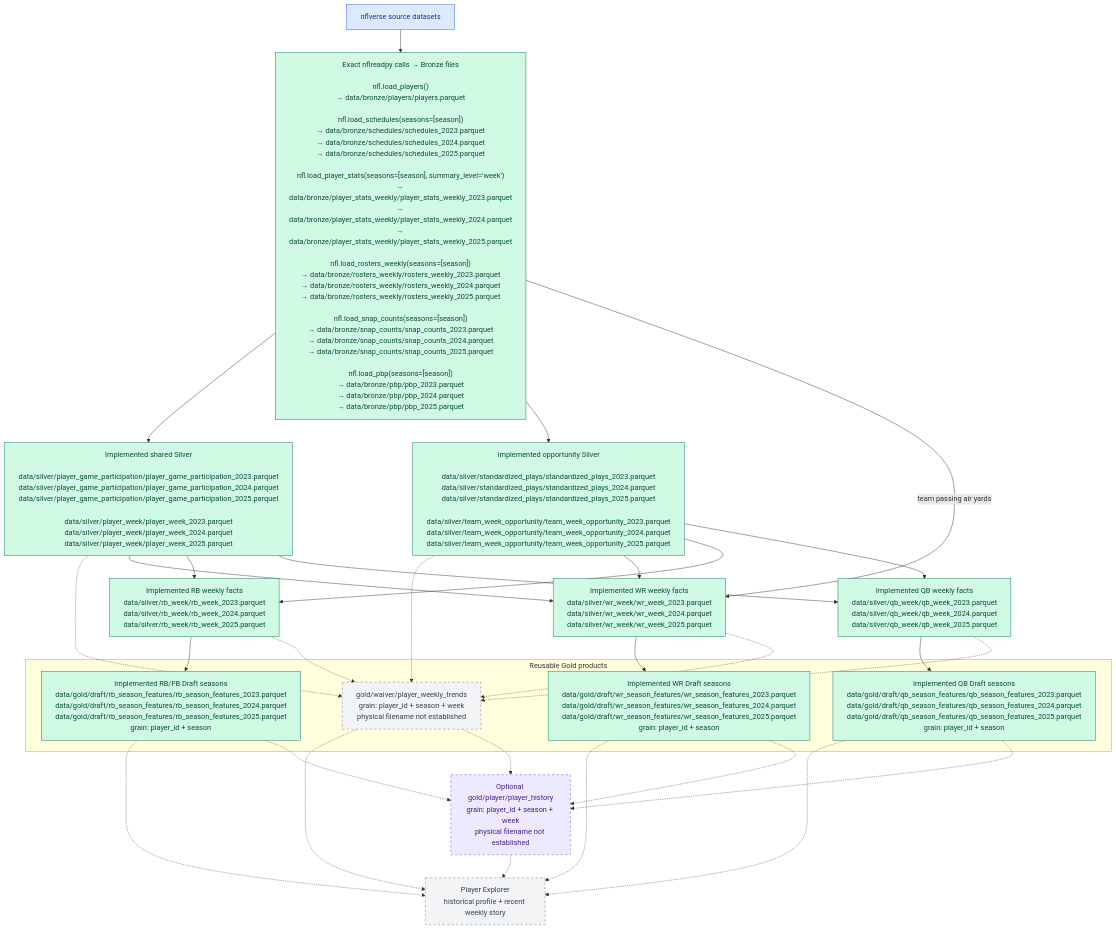
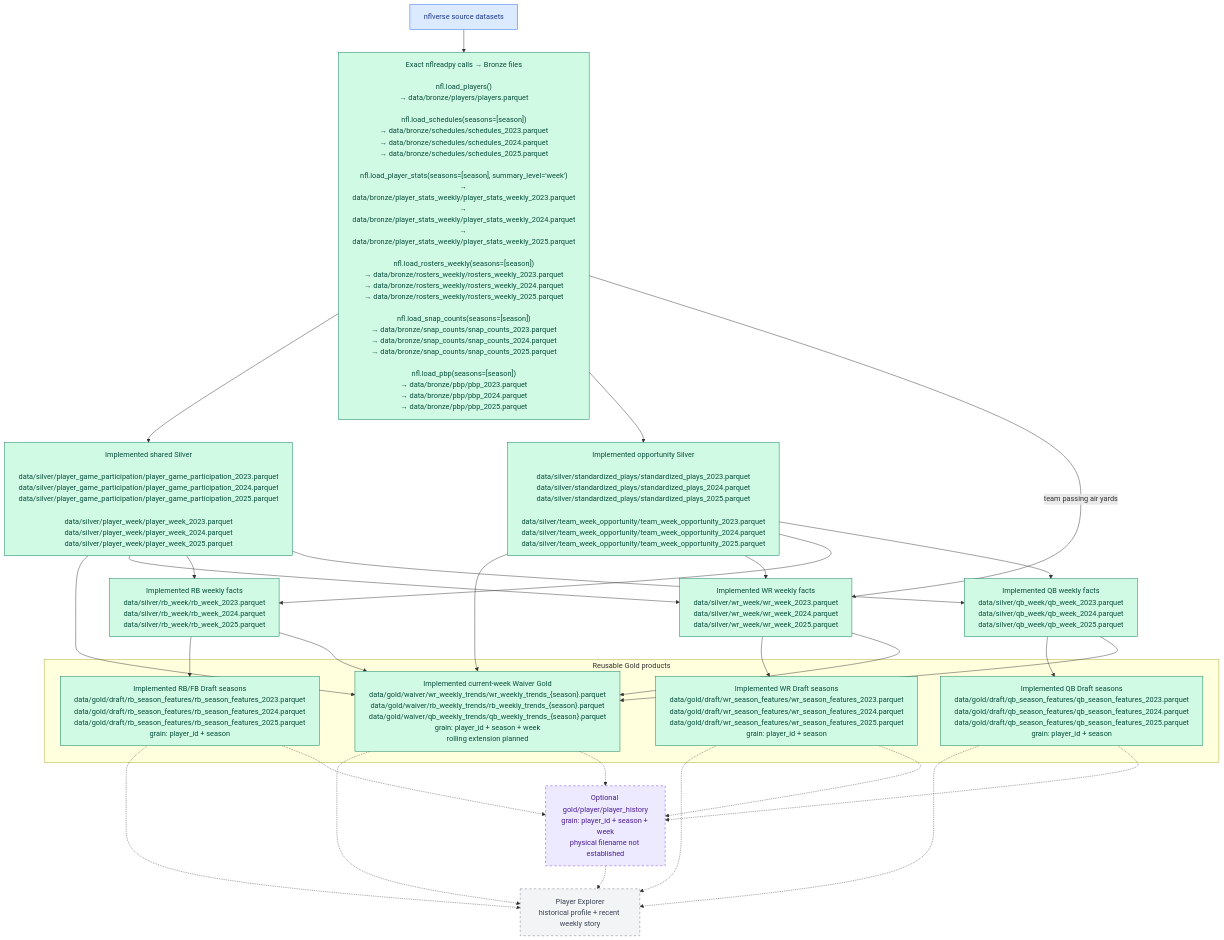
Before and after one commit to ddarby15/nfl-dream-lab-app: the fourth of 4 diagrams in docs/data-lineage-by-gold-product.md, drawn with Mermaid. The commit also changed other lines of this file and 25 other files, not shown here.

Commit message:
update docs and roadmap

````diff
--- a/docs/data-lineage-by-gold-product.md
+++ b/docs/data-lineage-by-gold-product.md
@@ -179,57 +165,57 @@
 ```mermaid
 flowchart TB
     SOURCE["nflverse source datasets"]
     B_FILES["Exact nflreadpy calls → Bronze files<br/><br/>nfl.load_players()<br/>→ data/bronze/players/players.parquet<br/><br/>nfl.load_schedules(seasons=[season])<br/>→ data/bronze/schedules/schedules_2023.parquet<br/>→ data/bronze/schedules/schedules_2024.parquet<br/>→ data/bronze/schedules/schedules_2025.parquet<br/><br/>nfl.load_player_stats(seasons=[season], summary_level='week')<br/>→ data/bronze/player_stats_weekly/player_stats_weekly_2023.parquet<br/>→ data/bronze/player_stats_weekly/player_stats_weekly_2024.parquet<br/>→ data/bronze/player_stats_weekly/player_stats_weekly_2025.parquet<br/><br/>nfl.load_rosters_weekly(seasons=[season])<br/>→ data/bronze/rosters_weekly/rosters_weekly_2023.parquet<br/>→ data/bronze/rosters_weekly/rosters_weekly_2024.parquet<br/>→ data/bronze/rosters_weekly/rosters_weekly_2025.parquet<br/><br/>nfl.load_snap_counts(seasons=[season])<br/>→ data/bronze/snap_counts/snap_counts_2023.parquet<br/>→ data/bronze/snap_counts/snap_counts_2024.parquet<br/>→ data/bronze/snap_counts/snap_counts_2025.parquet<br/><br/>nfl.load_pbp(seasons=[season])<br/>→ data/bronze/pbp/pbp_2023.parquet<br/>→ data/bronze/pbp/pbp_2024.parquet<br/>→ data/bronze/pbp/pbp_2025.parquet"]
     S_CURRENT["Implemented shared Silver<br/><br/>data/silver/player_game_participation/player_game_participation_2023.parquet<br/>data/silver/player_game_participation/player_game_participation_2024.parquet<br/>data/silver/player_game_participation/player_game_participation_2025.parquet<br/><br/>data/silver/player_week/player_week_2023.parquet<br/>data/silver/player_week/player_week_2024.parquet<br/>data/silver/player_week/player_week_2025.parquet"]
     S_OPPORTUNITY["Implemented opportunity Silver<br/><br/>data/silver/standardized_plays/standardized_plays_2023.parquet<br/>data/silver/standardized_plays/standardized_plays_2024.parquet<br/>data/silver/standardized_plays/standardized_plays_2025.parquet<br/><br/>data/silver/team_week_opportunity/team_week_opportunity_2023.parquet<br/>data/silver/team_week_opportunity/team_week_opportunity_2024.parquet<br/>data/silver/team_week_opportunity/team_week_opportunity_2025.parquet"]
     S_WR["Implemented WR weekly facts<br/>data/silver/wr_week/wr_week_2023.parquet<br/>data/silver/wr_week/wr_week_2024.parquet<br/>data/silver/wr_week/wr_week_2025.parquet"]
     S_RB["Implemented RB weekly facts<br/>data/silver/rb_week/rb_week_2023.parquet<br/>data/silver/rb_week/rb_week_2024.parquet<br/>data/silver/rb_week/rb_week_2025.parquet"]
     S_QB["Implemented QB weekly facts<br/>data/silver/qb_week/qb_week_2023.parquet<br/>data/silver/qb_week/qb_week_2024.parquet<br/>data/silver/qb_week/qb_week_2025.parquet"]
 
     subgraph ExistingGoldShapes["Reusable Gold products"]
         G_WR_GOLD["Implemented WR Draft seasons<br/>data/gold/draft/wr_season_features/wr_season_features_2023.parquet<br/>data/gold/draft/wr_season_features/wr_season_features_2024.parquet<br/>data/gold/draft/wr_season_features/wr_season_features_2025.parquet<br/>grain: player_id + season"]
         G_RB_GOLD["Implemented RB/FB Draft seasons<br/>data/gold/draft/rb_season_features/rb_season_features_2023.parquet<br/>data/gold/draft/rb_season_features/rb_season_features_2024.parquet<br/>data/gold/draft/rb_season_features/rb_season_features_2025.parquet<br/>grain: player_id + season"]
         G_QB_GOLD["Implemented QB Draft seasons<br/>data/gold/draft/qb_season_features/qb_season_features_2023.parquet<br/>data/gold/draft/qb_season_features/qb_season_features_2024.parquet<br/>data/gold/draft/qb_season_features/qb_season_features_2025.parquet<br/>grain: player_id + season"]
-        G_WAIVER["gold/waiver/player_weekly_trends<br/>grain: player_id + season + week<br/>physical filename not established"]
+        G_WAIVER["Implemented current-week Waiver Gold<br/>data/gold/waiver/wr_weekly_trends/wr_weekly_trends_{season}.parquet<br/>data/gold/waiver/rb_weekly_trends/rb_weekly_trends_{season}.parquet<br/>data/gold/waiver/qb_weekly_trends/qb_weekly_trends_{season}.parquet<br/>grain: player_id + season + week<br/>rolling extension planned"]
     end
 
     G_HISTORY["Optional gold/player/player_history<br/>grain: player_id + season + week<br/>physical filename not established"]
     EXPLORER["Player Explorer<br/>historical profile + recent weekly story"]
 
     SOURCE --> B_FILES --> S_CURRENT
     B_FILES --> S_OPPORTUNITY
-    S_CURRENT -.-> G_WAIVER
-    S_OPPORTUNITY -.-> G_WAIVER
+    S_CURRENT --> G_WAIVER
+    S_OPPORTUNITY --> G_WAIVER
     S_CURRENT --> S_WR
     S_OPPORTUNITY --> S_WR
     B_FILES -->|team passing air yards| S_WR
     S_CURRENT --> S_RB
     S_OPPORTUNITY --> S_RB
     S_CURRENT --> S_QB
     S_OPPORTUNITY --> S_QB
     S_WR --> G_WR_GOLD
-    S_WR -.-> G_WAIVER
+    S_WR --> G_WAIVER
     S_RB --> G_RB_GOLD
-    S_RB -.-> G_WAIVER
+    S_RB --> G_WAIVER
     S_QB --> G_QB_GOLD
-    S_QB -.-> G_WAIVER
+    S_QB --> G_WAIVER
     G_WR_GOLD -.-> EXPLORER
     G_RB_GOLD -.-> EXPLORER
     G_QB_GOLD -.-> EXPLORER
     G_WAIVER -.-> EXPLORER
     G_WR_GOLD -.-> G_HISTORY
     G_RB_GOLD -.-> G_HISTORY
     G_QB_GOLD -.-> G_HISTORY
     G_WAIVER -.-> G_HISTORY
     G_HISTORY -.-> EXPLORER
 
     classDef source fill:#dbeafe,stroke:#2563eb,color:#1e3a8a;
     classDef built fill:#d1fae5,stroke:#047857,color:#064e3b;
     classDef planned fill:#f3f4f6,stroke:#6b7280,color:#374151,stroke-dasharray:5 5;
     classDef optional fill:#ede9fe,stroke:#7c3aed,color:#4c1d95,stroke-dasharray:5 5;
 
     class SOURCE source;
-    class B_FILES,S_CURRENT,S_OPPORTUNITY,S_WR,S_RB,S_QB,G_WR_GOLD,G_RB_GOLD,G_QB_GOLD built;
-    class G_WAIVER,EXPLORER planned;
+    class B_FILES,S_CURRENT,S_OPPORTUNITY,S_WR,S_RB,S_QB,G_WR_GOLD,G_RB_GOLD,G_QB_GOLD,G_WAIVER built;
+    class EXPLORER planned;
     class G_HISTORY optional;
 ```
````
